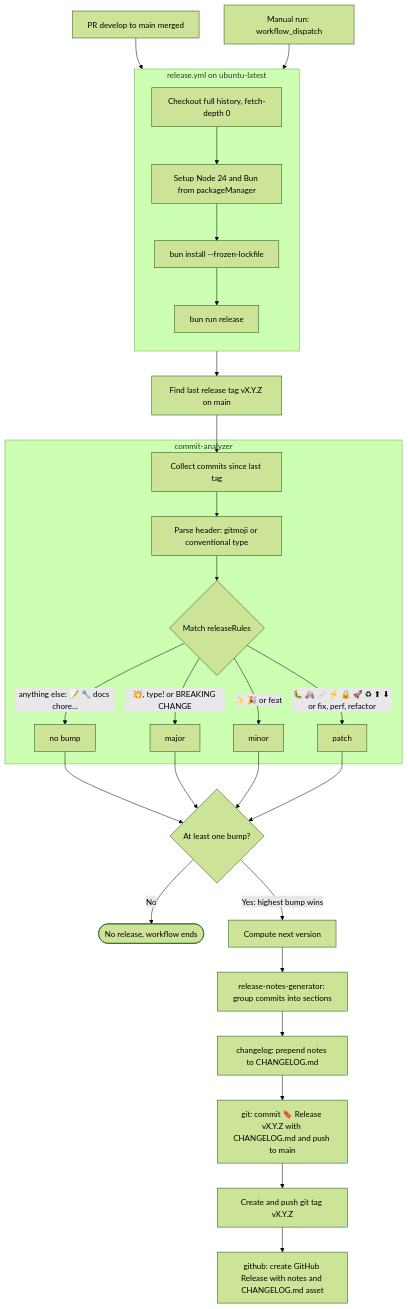
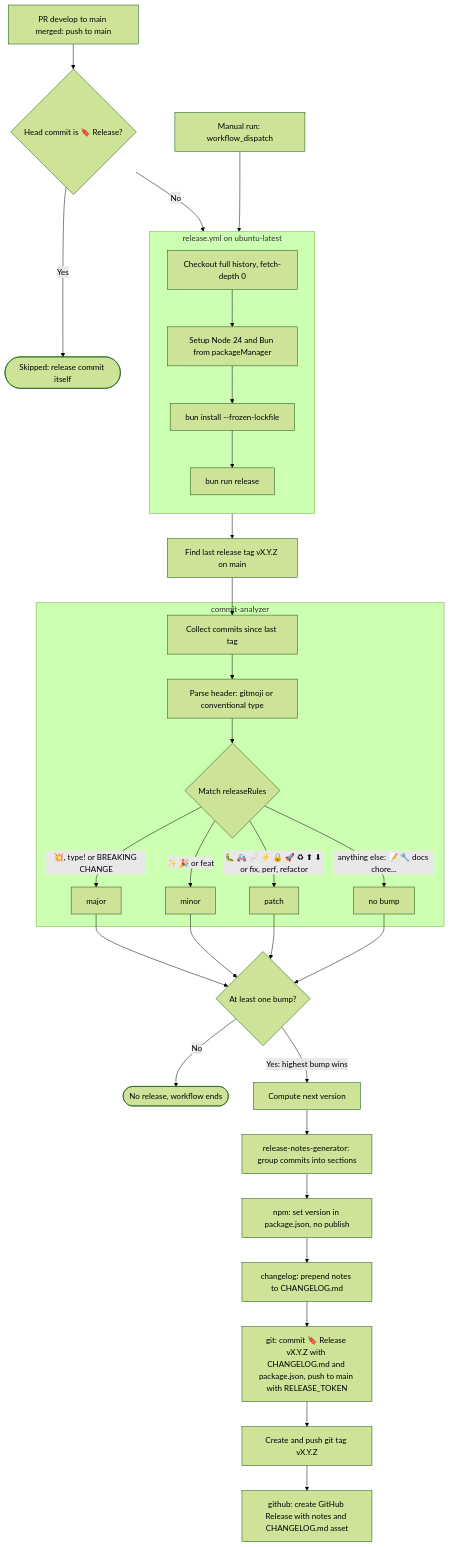
Before and after one commit to maxime-lenne/github-repository-template: the diagram in docs/TECHNICAL_GUIDE.md, drawn with Mermaid (forest theme). The commit also changed other lines of this file and 4 other files, not shown here.

First line of the commit message:
🐛 Publish releases on merge into main with version, changelog and release commit

````diff
--- a/docs/TECHNICAL_GUIDE.md
+++ b/docs/TECHNICAL_GUIDE.md
@@ -241,37 +242,40 @@
 ```mermaid
 flowchart TD
-  trigger_pr[PR develop to main merged] --> workflow
+  trigger_pr[PR develop to main merged: push to main] --> guard{Head commit is 🔖 Release?}
+  guard -->|Yes| skip([Skipped: release commit itself])
+  guard -->|No| workflow
   trigger_manual[Manual run: workflow_dispatch] --> workflow
 
   subgraph workflow [release.yml on ubuntu-latest]
     direction TB
     checkout[Checkout full history, fetch-depth 0] --> setup[Setup Node 24 and Bun from packageManager]
     setup --> install[bun install --frozen-lockfile]
     install --> run[bun run release]
   end
 
   run --> last_tag[Find last release tag vX.Y.Z on main]
   last_tag --> commits[Collect commits since last tag]
 
   subgraph analyze [commit-analyzer]
     commits --> parse[Parse header: gitmoji or conventional type]
     parse --> rules{Match releaseRules}
     rules -->|💥, type! or BREAKING CHANGE| major[major]
     rules -->|✨ 🎉 or feat| minor[minor]
     rules -->|🐛 🚑 🩹 ⚡ 🔒 🚀 ♻ ⬆ ⬇ or fix, perf, refactor| patch[patch]
     rules -->|anything else: 📝 🔧 docs chore...| none[no bump]
   end
 
   none --> any_bump{At least one bump?}
   major --> any_bump
   minor --> any_bump
   patch --> any_bump
   any_bump -->|No| stop([No release, workflow ends])
   any_bump -->|Yes: highest bump wins| version[Compute next version]
 
   version --> notes[release-notes-generator: group commits into sections]
-  notes --> changelog[changelog: prepend notes to CHANGELOG.md]
-  changelog --> git_commit[git: commit 🔖 Release vX.Y.Z with CHANGELOG.md and push to main]
+  notes --> npm[npm: set version in package.json, no publish]
+  npm --> changelog[changelog: prepend notes to CHANGELOG.md]
+  changelog --> git_commit[git: commit 🔖 Release vX.Y.Z with CHANGELOG.md and package.json, push to main with RELEASE_TOKEN]
   git_commit --> tag[Create and push git tag vX.Y.Z]
   tag --> gh_release[github: create GitHub Release with notes and CHANGELOG.md asset]
 ```
````
